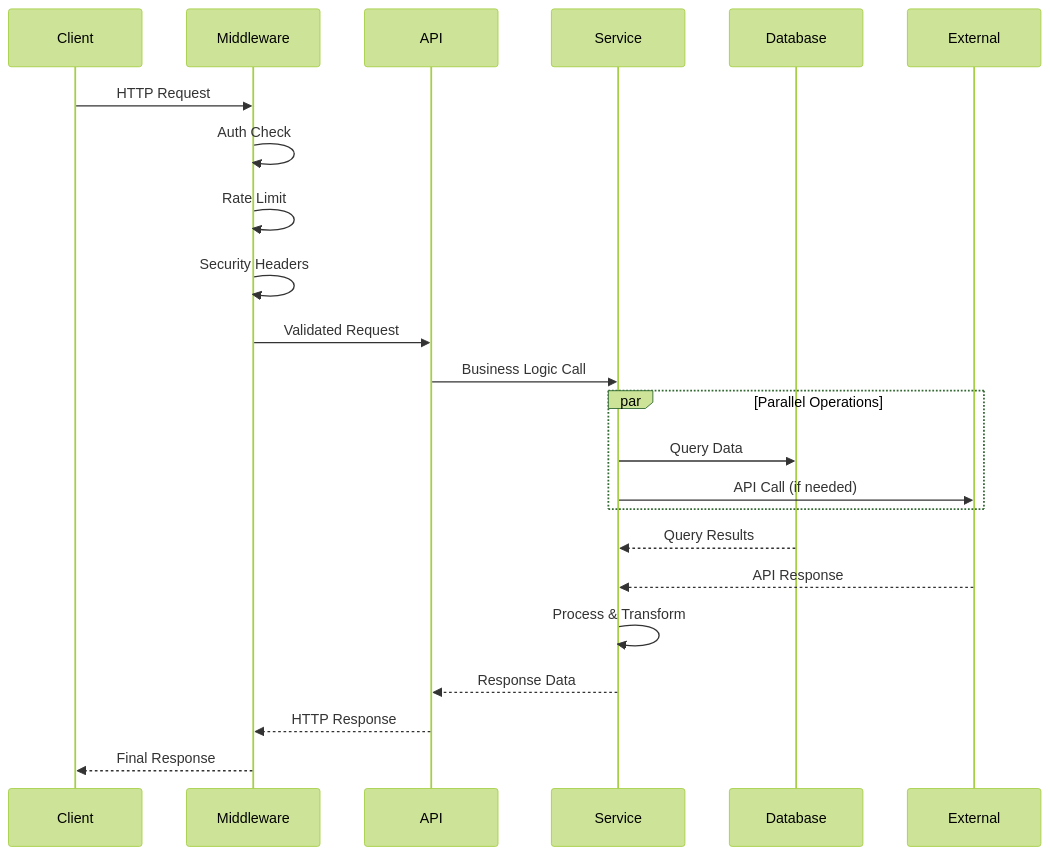
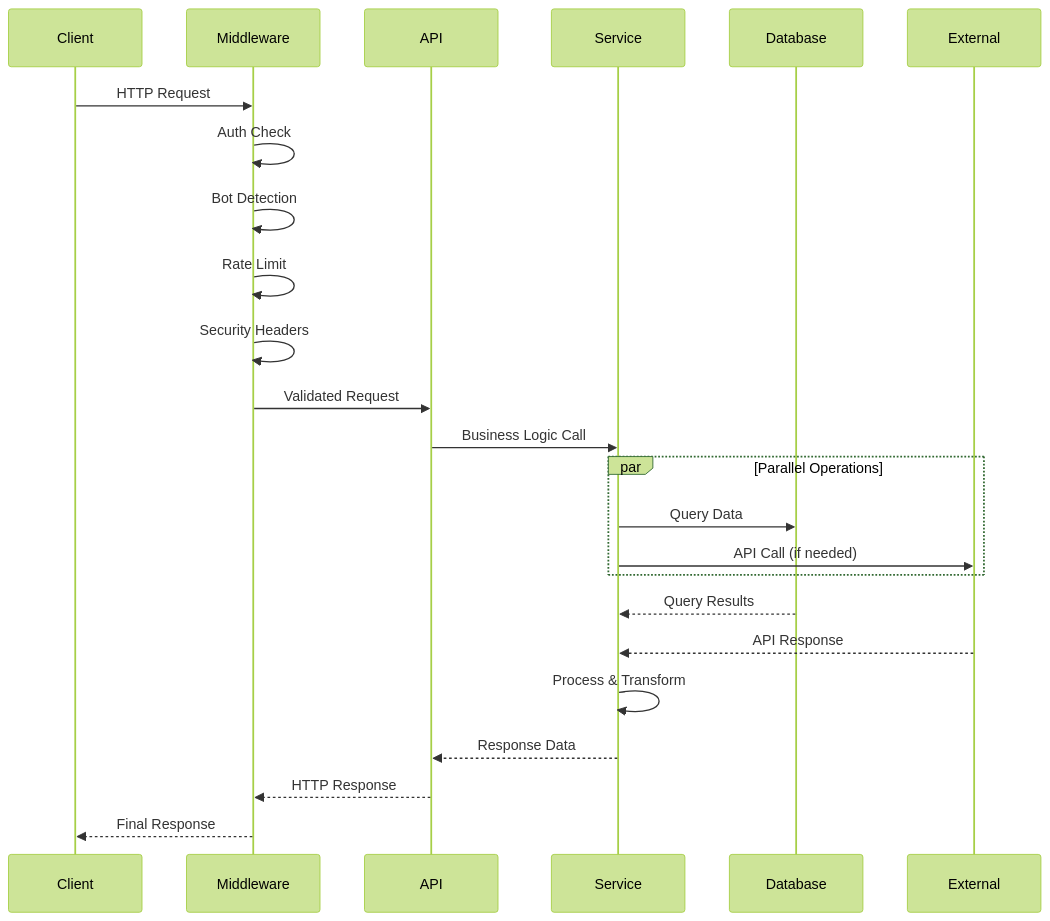
Before and after one commit to ryanmaclean/vibecode-webgui: the fourth of 14 diagrams in ARCHITECTURE.md, drawn with Mermaid (forest theme). The commit also changed other lines of this file and 35 other files, not shown here.

````diff
--- a/ARCHITECTURE.md
+++ b/ARCHITECTURE.md
@@ -345,30 +435,31 @@
 ```mermaid
 sequenceDiagram
     participant Client
     participant Middleware
     participant API
     participant Service
     participant Database
     participant External
 
     Client->>Middleware: HTTP Request
     Middleware->>Middleware: Auth Check
+    Middleware->>Middleware: Bot Detection
     Middleware->>Middleware: Rate Limit
     Middleware->>Middleware: Security Headers
 
     Middleware->>API: Validated Request
     API->>Service: Business Logic Call
 
     par Parallel Operations
         Service->>Database: Query Data
         Service->>External: API Call (if needed)
     end
 
     Database-->>Service: Query Results
     External-->>Service: API Response
 
     Service->>Service: Process & Transform
     Service-->>API: Response Data
     API-->>Middleware: HTTP Response
     Middleware-->>Client: Final Response
 ```
````
